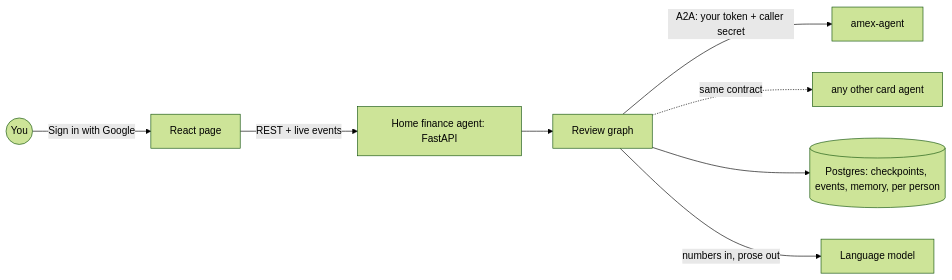
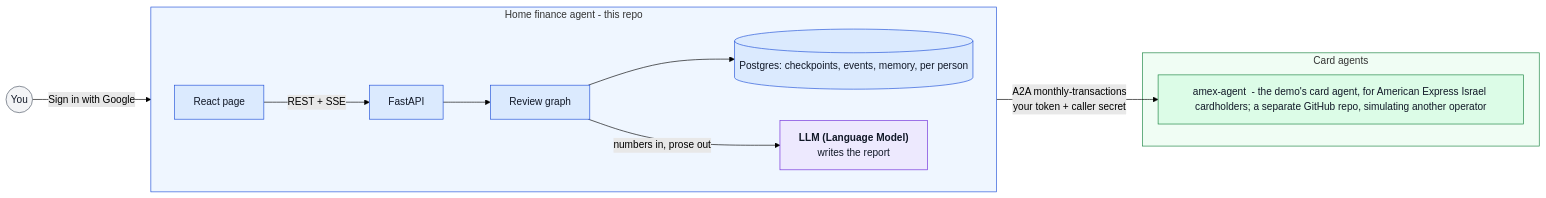
One commit to erancha/home-finance-agent changed the diagram in README.md. Above: the diagram before and after it, drawn with Mermaid (forest theme). The commit also changed other lines of this file and 10 other files, not shown here.

````diff
--- a/README.md
+++ b/README.md
@@ -146,10 +24,26 @@
 ```mermaid
+%%{init: {"flowchart": {"wrappingWidth": 520}}}%%
 flowchart LR
-  U((You)) -->|Sign in with Google| P[React page]
-  P -->|REST + live events| M[Home finance agent: FastAPI]
-  M --> G[Review graph]
-  G -->|A2A: your token + caller secret| A[amex-agent]
-  G -.->|same contract| B[any other card agent]
-  G --> DB[(Postgres: checkpoints, events, memory, per person)]
-  G -->|numbers in, prose out| L[Language model]
+  U((You)) -->|Sign in with Google| P
+  subgraph HFA[Home finance agent  - this repo]
+    direction LR
+    P[React page] -->|REST + SSE| M[FastAPI]
+    M --> G[Review graph]
+    G --> DB[(Postgres: checkpoints, events, memory, per person)]
+    G -->|numbers in, prose out| L["<b>LLM (Language Model)</b><br/>writes the report"]
+  end
+  subgraph CARDS[Card agents]
+    A["amex-agent  - the demo's card agent, for American Express Israel cardholders; a separate GitHub repo, simulating another operator"]
+  end
+  G -->|A2A monthly-transactions<br/>your token + caller secret| A
+  classDef user fill:#f3f4f6,stroke:#4b5563,color:#111827
+  classDef hfa fill:#dbeafe,stroke:#1d4ed8,color:#111827
+  classDef amx fill:#dcfce7,stroke:#15803d,color:#111827
+  classDef llm fill:#ede9fe,stroke:#6d28d9,color:#111827
+  class U user
+  class P,M,G,DB hfa
+  class L llm
+  class A amx
+  style HFA fill:#eff6ff,stroke:#1d4ed8
+  style CARDS fill:#f0fdf4,stroke:#15803d
 ```
````
